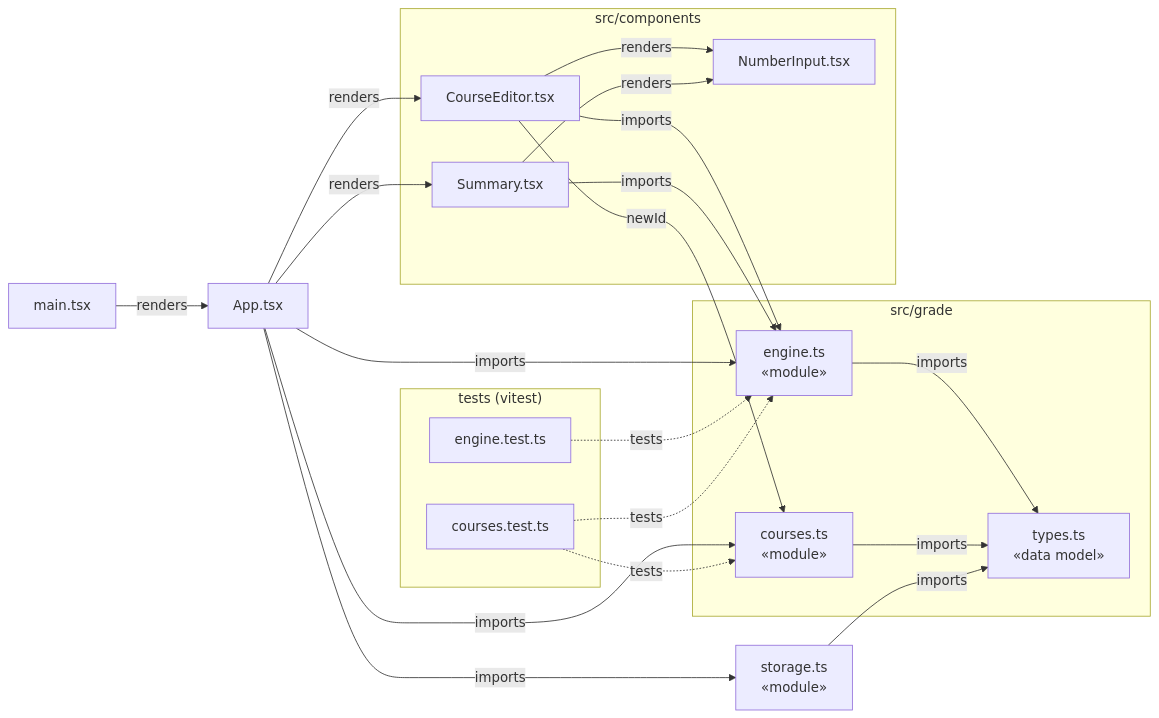
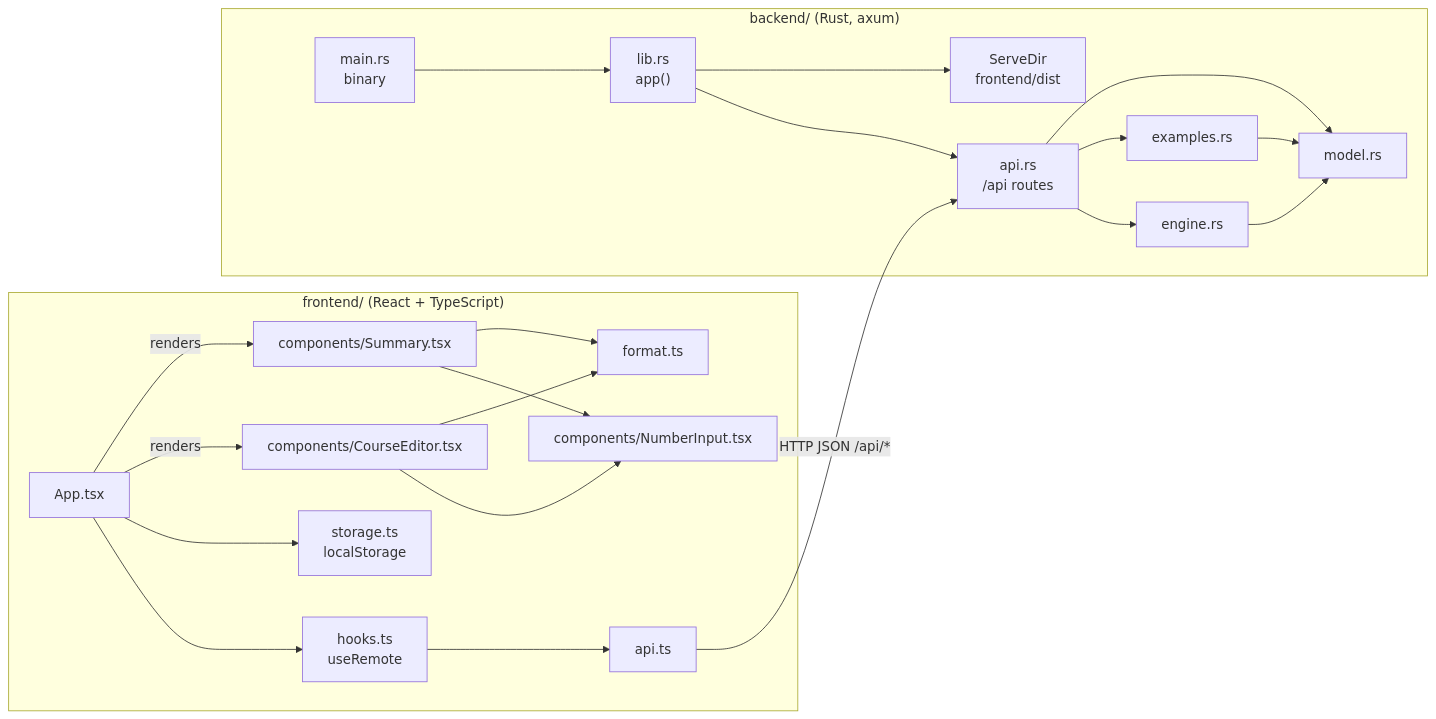
One commit to Patman1O1/grade-calculator changed the first of 8 diagrams in docs/uml.md. Above: the diagram before and after it, drawn with Mermaid. The commit also changed other lines of this file and 45 other files, not shown here.

First line of the commit message:
Rewrite as a Rust backend with a React + TypeScript front-end

````diff
--- a/docs/uml.md
+++ b/docs/uml.md
@@ -18,36 +19,39 @@
 ```mermaid
 flowchart LR
-  subgraph grade["src/grade"]
-    types["types.ts<br/>«data model»"]
-    engine["engine.ts<br/>«module»"]
-    courses["courses.ts<br/>«module»"]
+  subgraph browser["frontend/ (React + TypeScript)"]
+    App["App.tsx"]
+    CourseEditor["components/CourseEditor.tsx"]
+    Summary["components/Summary.tsx"]
+    NumberInput["components/NumberInput.tsx"]
+    hooks["hooks.ts<br/>useRemote"]
+    apits["api.ts"]
+    storage["storage.ts<br/>localStorage"]
+    format["format.ts"]
   end
-  subgraph components["src/components"]
-    CourseEditor["CourseEditor.tsx"]
-    Summary["Summary.tsx"]
-    NumberInput["NumberInput.tsx"]
+  subgraph server["backend/ (Rust, axum)"]
+    main["main.rs<br/>binary"]
+    lib["lib.rs<br/>app()"]
+    api["api.rs<br/>/api routes"]
+    engine["engine.rs"]
+    examples["examples.rs"]
+    model["model.rs"]
+    static["ServeDir<br/>frontend/dist"]
   end
-  subgraph tests["tests (vitest)"]
-    engineTest["engine.test.ts"]
-    coursesTest["courses.test.ts"]
-  end
-  main["main.tsx"] -->|renders| App["App.tsx"]
-  storage["storage.ts<br/>«module»"]
 
-  engine -->|imports| types
-  courses -->|imports| types
-  storage -->|imports| types
-  App -->|imports| engine
-  App -->|imports| courses
-  App -->|imports| storage
+  App --> hooks --> apits
+  App --> storage
   App -->|renders| CourseEditor
   App -->|renders| Summary
-  CourseEditor -->|imports| engine
-  CourseEditor -->|newId| courses
-  CourseEditor -->|renders| NumberInput
-  Summary -->|imports| engine
-  Summary -->|renders| NumberInput
-  engineTest -.->|tests| engine
-  coursesTest -.->|tests| engine
-  coursesTest -.->|tests| courses
+  CourseEditor --> NumberInput
+  Summary --> NumberInput
+  CourseEditor --> format
+  Summary --> format
+  apits -->|"HTTP JSON /api/*"| api
+  main --> lib --> api
+  lib --> static
+  api --> engine
+  api --> examples
+  engine --> model
+  examples --> model
+  api --> model
 ```
````
